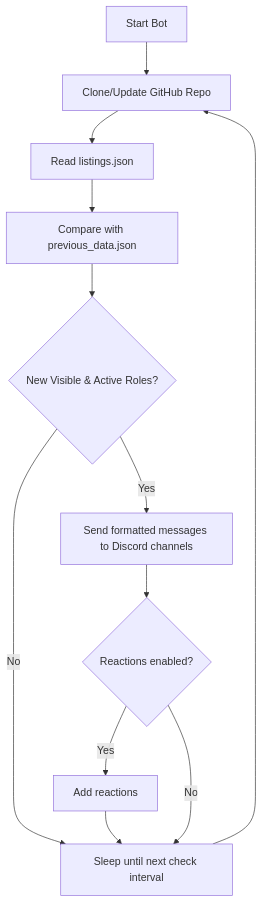
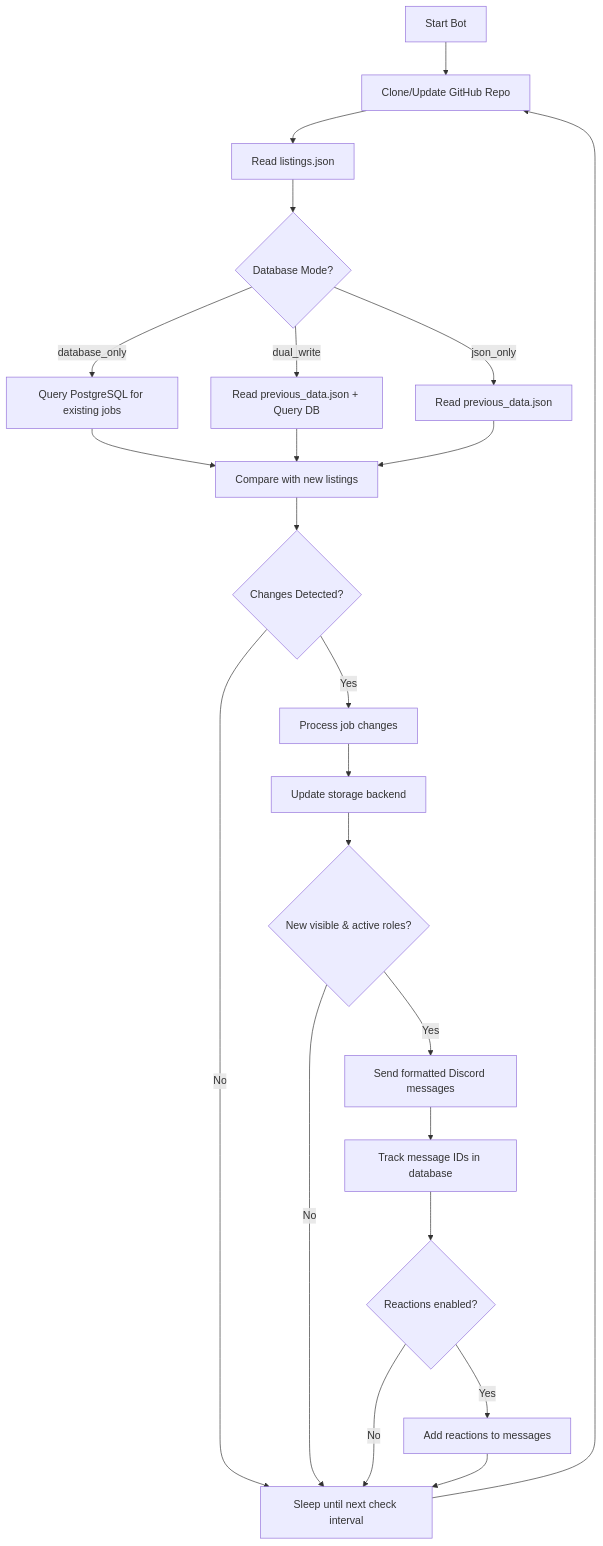
One commit to builtbybob/chatd-internships changed the diagram in README.md. Above: the diagram before and after it, drawn with Mermaid. The commit also changed other lines of this file and 4 other files, not shown here.

````diff
--- a/README.md
+++ b/README.md
@@ -25,14 +25,25 @@
 ```mermaid
 flowchart TD
    A[Start Bot] --> B[Clone/Update GitHub Repo]
    B --> C[Read listings.json]
-   C --> D[Compare with previous_data.json]
-   D --> E{New Visible & Active Roles?}
-   E -- Yes --> F[Send formatted messages to Discord channels]
-   E -- No --> K[Sleep until next check interval]
-   F --> L{Reactions enabled?}
-   L -- Yes --> G[Add reactions]
-   G --> K
-   L -- No --> K
-   K --> B
+   C --> D{Database Mode?}
+   D -->|database_only| E[Query PostgreSQL for existing jobs]
+   D -->|dual_write| F[Read previous_data.json + Query DB]
+   D -->|json_only| G[Read previous_data.json]
+   E --> H[Compare with new listings]
+   F --> H
+   G --> H
+   H --> I{Changes Detected?}
+   I -->|Yes| J[Process job changes]
+   I -->|No| Q[Sleep until next check interval]
+   J --> K[Update storage backend]
+   K --> L{New visible & active roles?}
+   L -->|Yes| M[Send formatted Discord messages]
+   L -->|No| Q
+   M --> N[Track message IDs in database]
+   N --> O{Reactions enabled?}
+   O -->|Yes| P[Add reactions to messages]
+   O -->|No| Q
+   P --> Q
+   Q --> B
 ```
````
